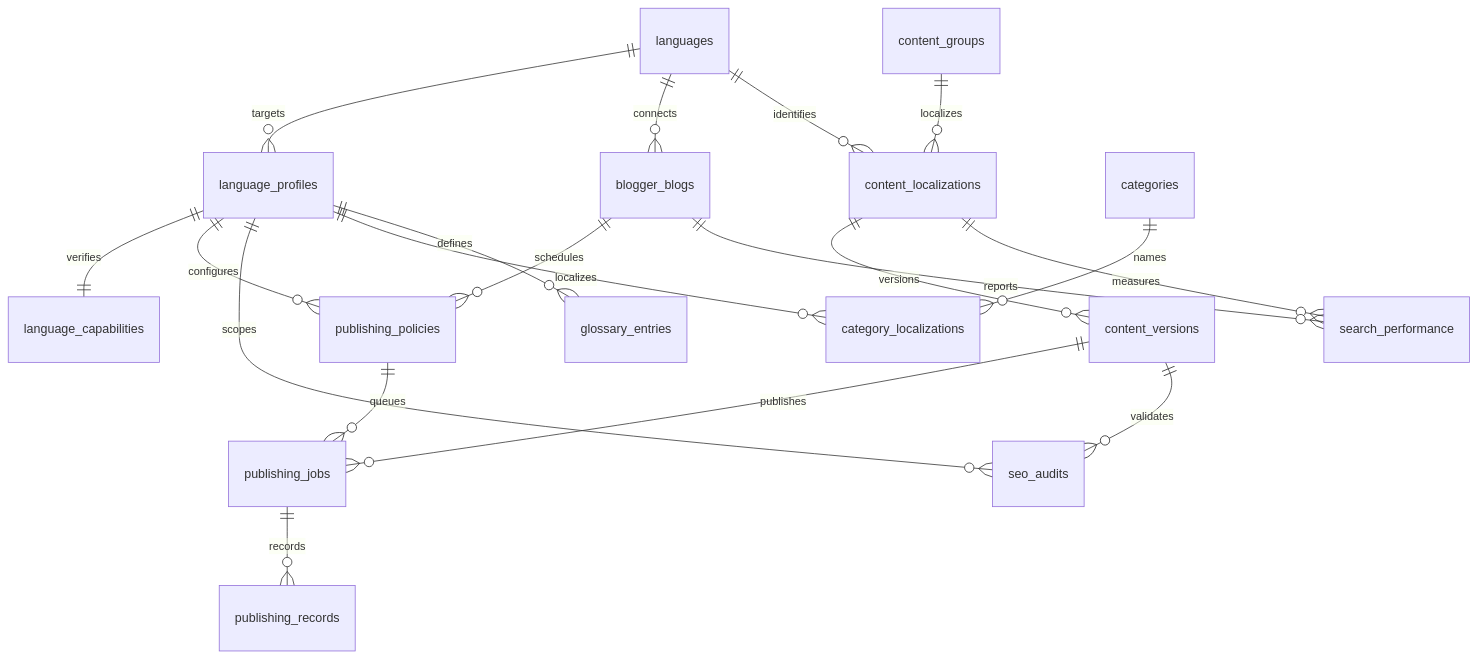
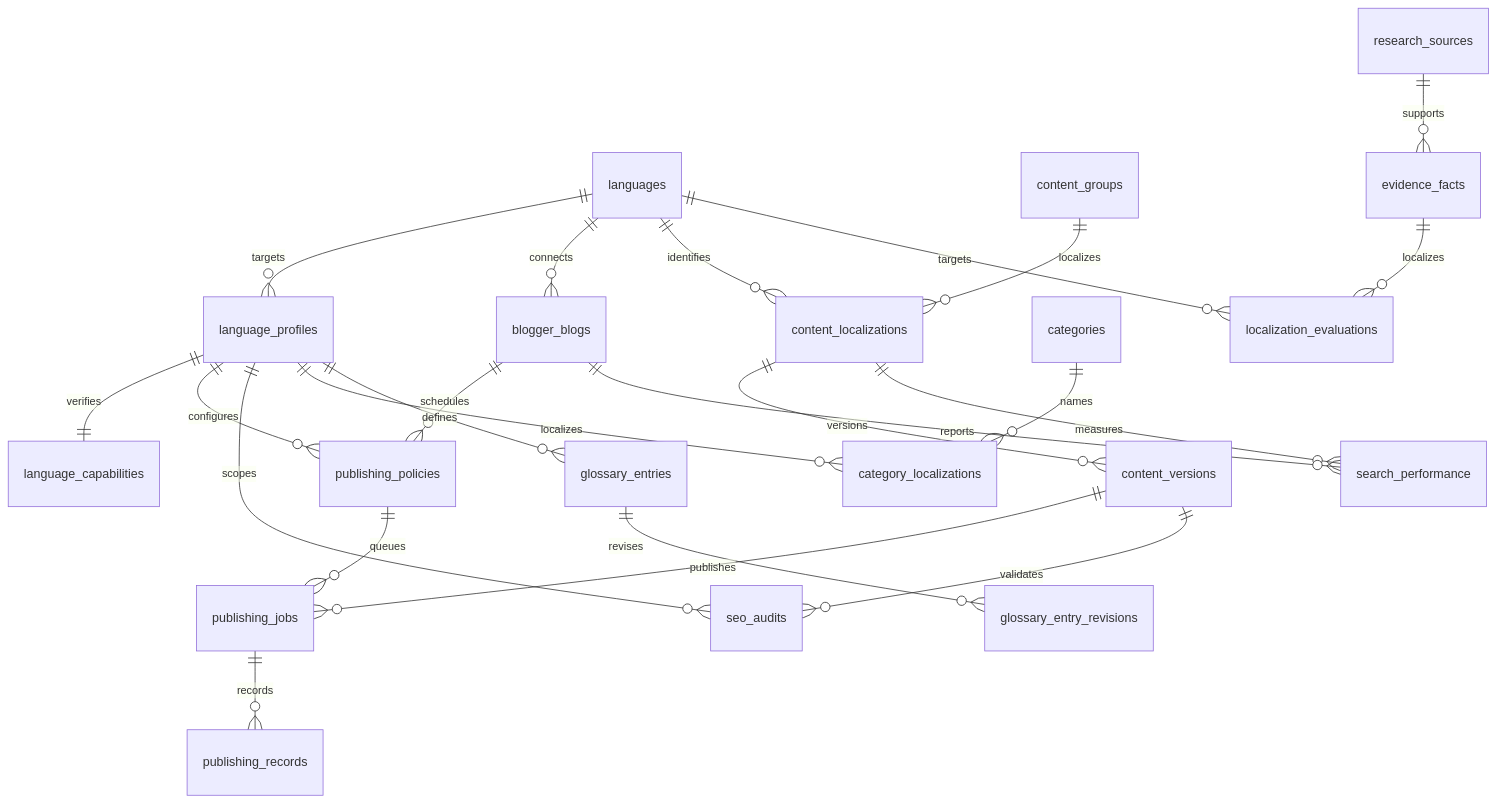
The diagram in docs/architecture/data-model.md (alsruddns/woori-blog-agent), drawn with Mermaid before and after one commit. The commit also changed other lines of this file and 22 other files, not shown here.

Commit message:
Add : [Localization] Preserve evidence across language outputs

````diff
--- a/docs/architecture/data-model.md
+++ b/docs/architecture/data-model.md
@@ -5,21 +5,25 @@
 ```mermaid
 erDiagram
     languages ||--o{ language_profiles : targets
     languages ||--o{ blogger_blogs : connects
     language_profiles ||--|| language_capabilities : verifies
     content_groups ||--o{ content_localizations : localizes
     languages ||--o{ content_localizations : identifies
     content_localizations ||--o{ content_versions : versions
     blogger_blogs ||--o{ publishing_policies : schedules
     language_profiles ||--o{ publishing_policies : configures
     publishing_policies ||--o{ publishing_jobs : queues
     content_versions ||--o{ publishing_jobs : publishes
     publishing_jobs ||--o{ publishing_records : records
     content_versions ||--o{ seo_audits : validates
     language_profiles ||--o{ seo_audits : scopes
     categories ||--o{ category_localizations : names
     language_profiles ||--o{ category_localizations : localizes
     language_profiles ||--o{ glossary_entries : defines
+    glossary_entries ||--o{ glossary_entry_revisions : revises
+    research_sources ||--o{ evidence_facts : supports
+    evidence_facts ||--o{ localization_evaluations : localizes
+    languages ||--o{ localization_evaluations : targets
     content_localizations ||--o{ search_performance : measures
     blogger_blogs ||--o{ search_performance : reports
 ```
````
